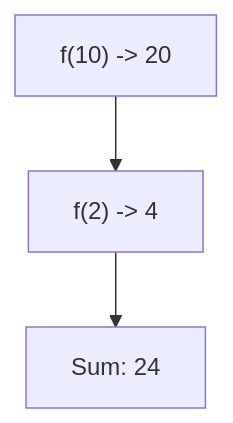
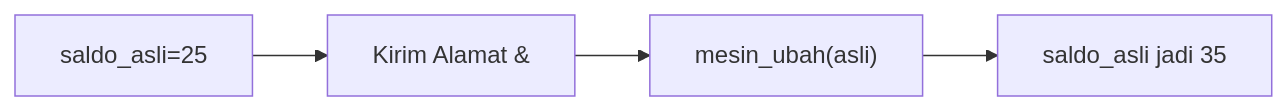
One commit to amnahwaida/OSNK_INF_PREP changed diagram 13 of 25 in part-c-pemahaman-cpp/04-fungsi/latihan/set-07.md. Above: the diagram before and after it, drawn with Mermaid. The commit also changed other lines of this file and 71 other files, not shown here.

````diff
--- a/part-c-pemahaman-cpp/04-fungsi/latihan/set-07.md
+++ b/part-c-pemahaman-cpp/04-fungsi/latihan/set-07.md
@@ -337,5 +357,6 @@
 ```mermaid
-graph TD
-A["f(10) -> 20"] --> B["f(2) -> 4"]
-B --> C["Sum: 24"]
+graph LR
+A["saldo_asli=25"] --> B["Kirim Alamat &"]
+B --> C["mesin_ubah(asli)"]
+C --> D["saldo_asli jadi 35"]
 ```
````
